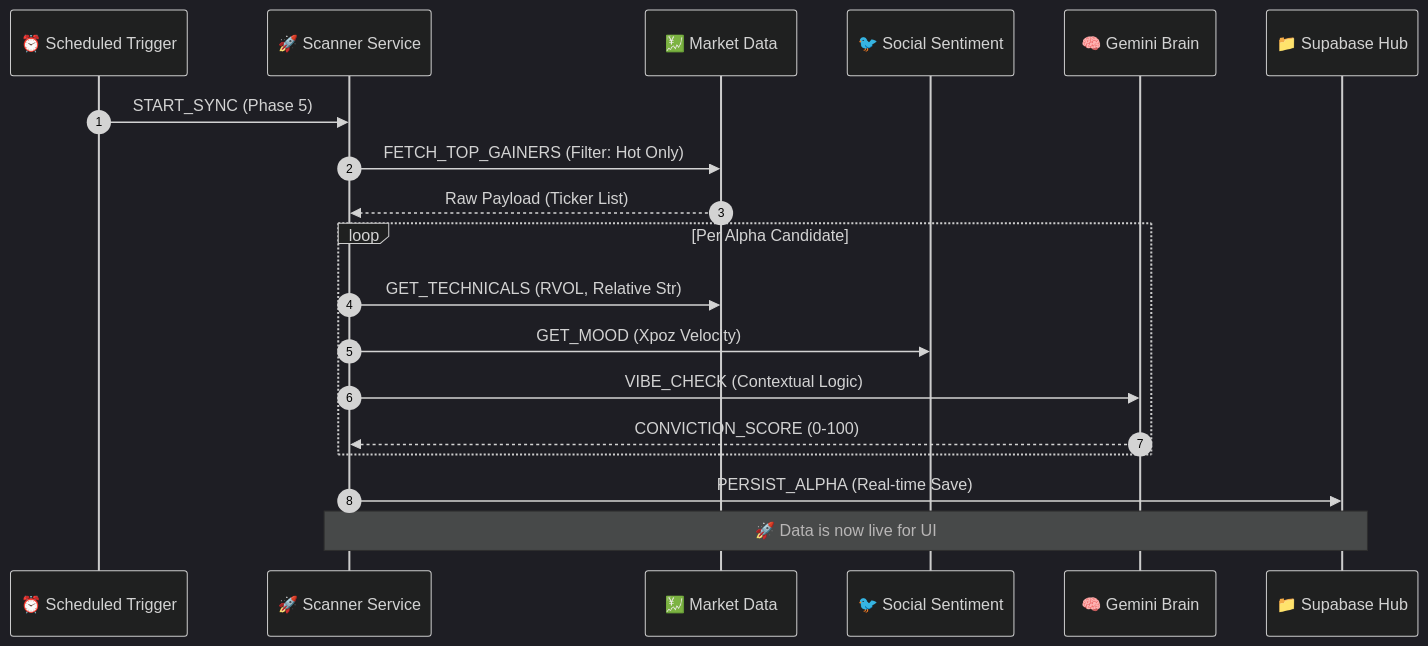
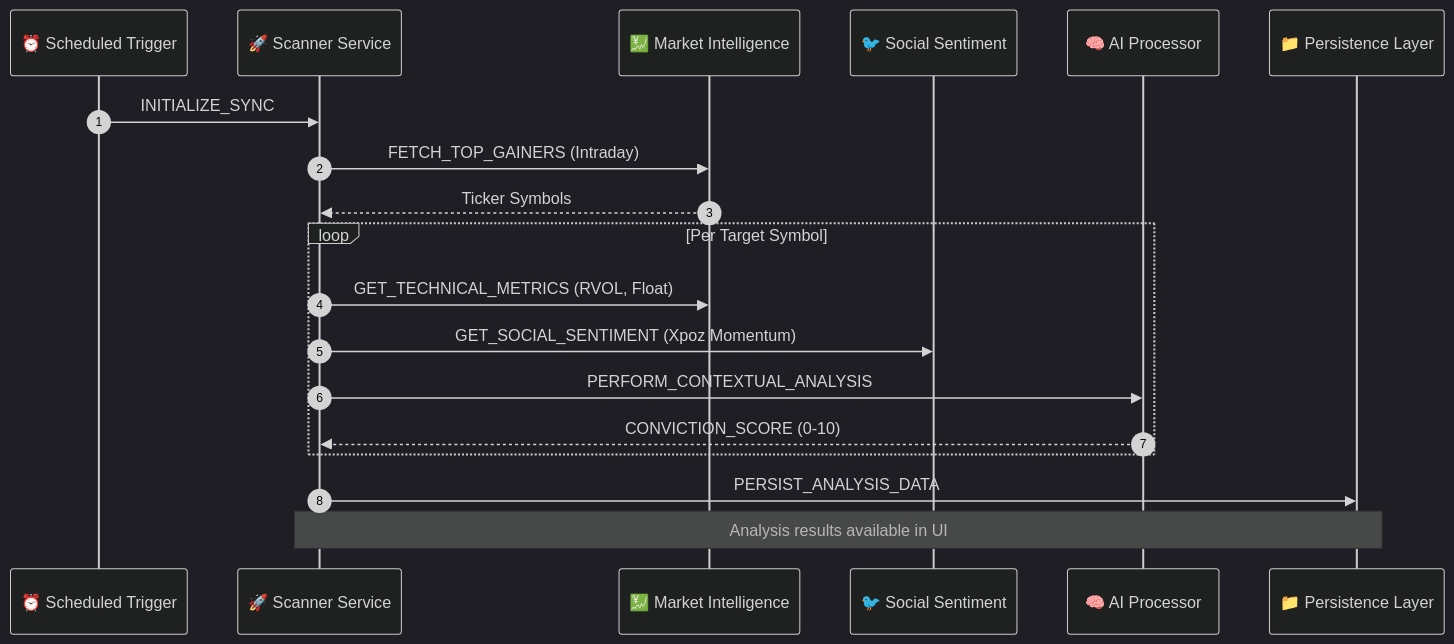
The third of 3 diagrams in ARCHITECTURE.md (Royverse/not-financial-advice), drawn with Mermaid (dark theme) before and after one commit. The commit also changed other lines of this file and 37 other files, not shown here.

````diff
--- a/ARCHITECTURE.md
+++ b/ARCHITECTURE.md
@@ -97,24 +97,24 @@
 ```mermaid
 sequenceDiagram
     autonumber
     participant C as ⏰ Scheduled Trigger
     participant S as 🚀 Scanner Service
-    participant AV as 💹 Market Data
+    participant AV as 💹 Market Intelligence
     participant X as 🐦 Social Sentiment
-    participant AI as 🧠 Gemini Brain
-    participant DB as 📁 Supabase Hub
+    participant AI as 🧠 AI Processor
+    participant DB as 📁 Persistence Layer
 
-    C->>S: START_SYNC (Phase 5)
-    S->>AV: FETCH_TOP_GAINERS (Filter: Hot Only)
-    AV-->>S: Raw Payload (Ticker List)
+    C->>S: INITIALIZE_SYNC
+    S->>AV: FETCH_TOP_GAINERS (Intraday)
+    AV-->>S: Ticker Symbols
     
-    loop Per Alpha Candidate
-        S->>AV: GET_TECHNICALS (RVOL, Relative Str)
-        S->>X: GET_MOOD (Xpoz Velocity)
-        S->>AI: VIBE_CHECK (Contextual Logic)
-        AI-->>S: CONVICTION_SCORE (0-100)
+    loop Per Target Symbol
+        S->>AV: GET_TECHNICAL_METRICS (RVOL, Float)
+        S->>X: GET_SOCIAL_SENTIMENT (Xpoz Momentum)
+        S->>AI: PERFORM_CONTEXTUAL_ANALYSIS
+        AI-->>S: CONVICTION_SCORE (0-10)
     end
     
-    S->>DB: PERSIST_ALPHA (Real-time Save)
-    Note over S,DB: 🚀 Data is now live for UI
+    S->>DB: PERSIST_ANALYSIS_DATA
+    Note over S,DB: Analysis results available in UI
 ```
````
